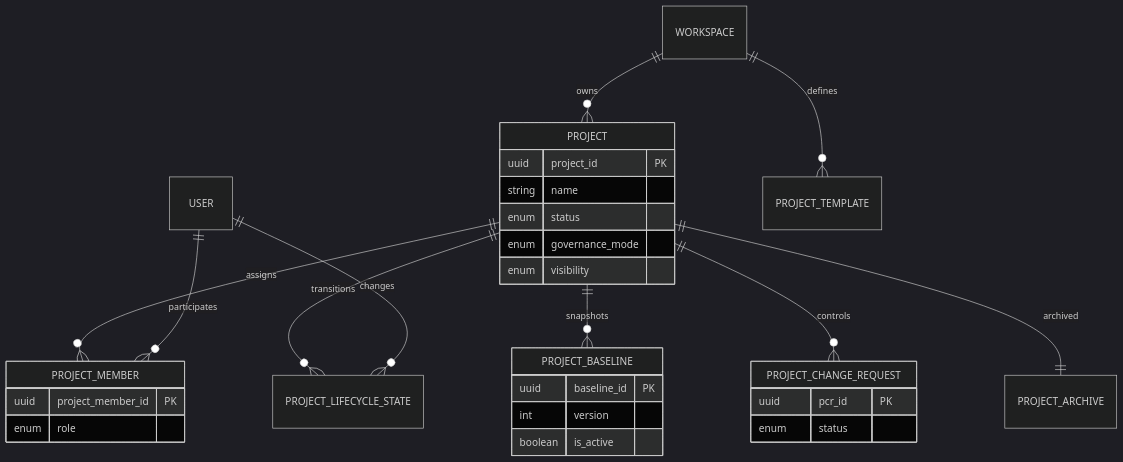
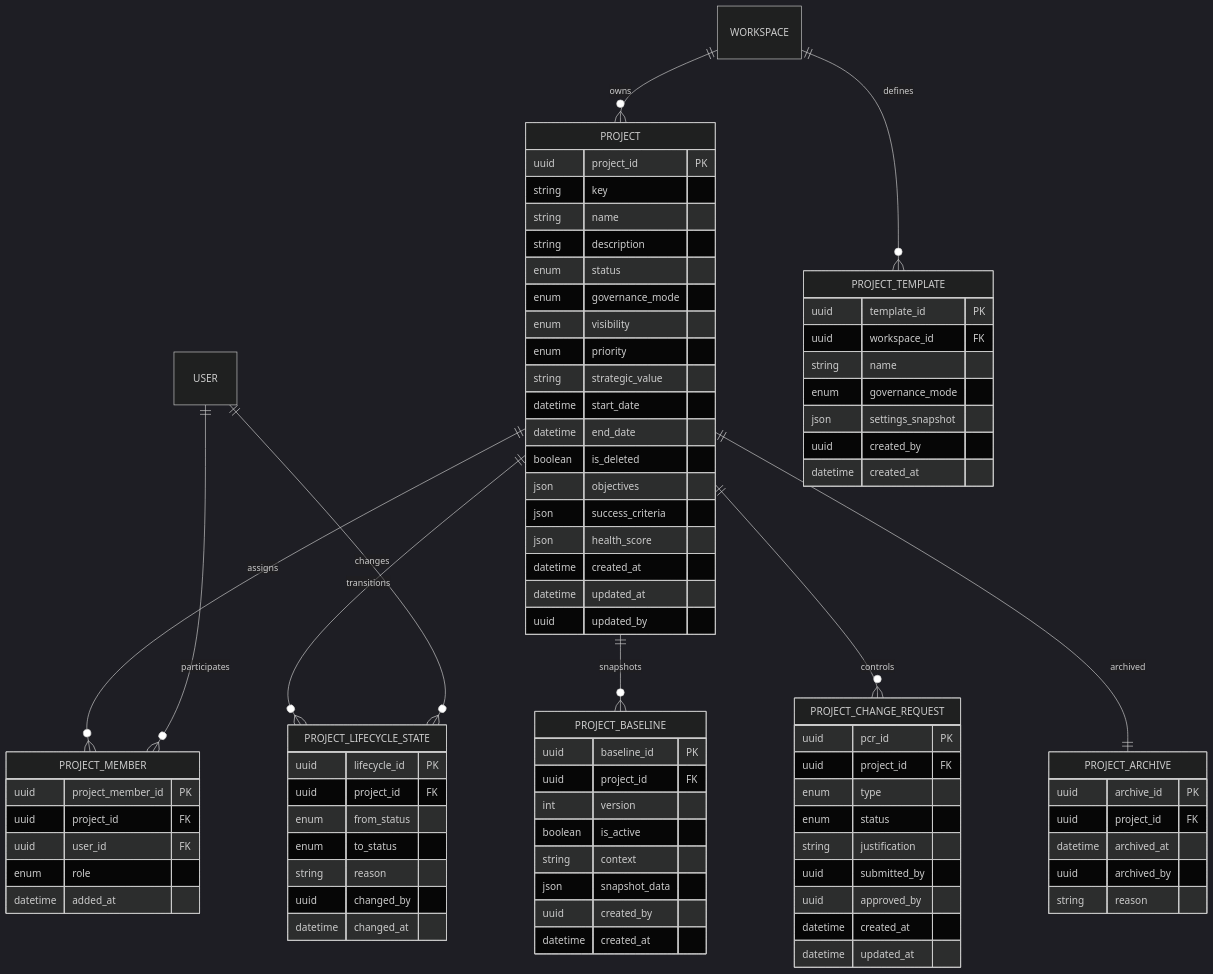
The diagram in docs/02-Architeture/Entity Relationship Diagram - Details/Functional Module 3 - Project Lifecycle Management.md (nmtrucworking/pronaflow-backend), drawn with Mermaid (dark theme) before and after one commit. The commit also changed other lines of this file and 1 other file, not shown here.

First line of the commit message:
docs(module-3): fix inconsistencies and expand ERD details

````diff
--- a/docs/02-Architeture/Entity Relationship Diagram - Details/Functional Module 3 - Project Lifecycle Management.md
+++ b/docs/02-Architeture/Entity Relationship Diagram - Details/Functional Module 3 - Project Lifecycle Management.md
@@ -31,26 +31,82 @@
 
     PROJECT {
         uuid project_id PK
+        string key
         string name
+        string description
         enum status
         enum governance_mode
         enum visibility
+        enum priority
+        string strategic_value
+        datetime start_date
+        datetime end_date
+        boolean is_deleted
+        json objectives
+        json success_criteria
+        json health_score
+        datetime created_at
+        datetime updated_at
+        uuid updated_by
     }
 
     PROJECT_MEMBER {
         uuid project_member_id PK
+        uuid project_id FK
+        uuid user_id FK
         enum role
+        datetime added_at
+    }
+
+    PROJECT_LIFECYCLE_STATE {
+        uuid lifecycle_id PK
+        uuid project_id FK
+        enum from_status
+        enum to_status
+        string reason
+        uuid changed_by
+        datetime changed_at
     }
 
     PROJECT_BASELINE {
         uuid baseline_id PK
+        uuid project_id FK
         int version
         boolean is_active
+        string context
+        json snapshot_data
+        uuid created_by
+        datetime created_at
     }
 
     PROJECT_CHANGE_REQUEST {
         uuid pcr_id PK
+        uuid project_id FK
+        enum type
         enum status
+        string justification
+        uuid submitted_by
+        uuid approved_by
+        datetime created_at
+        datetime updated_at
+    }
+
+    PROJECT_TEMPLATE {
+        uuid template_id PK
+        uuid workspace_id FK
+        string name
+        enum governance_mode
+        json settings_snapshot
+        uuid created_by
+        datetime created_at
+    }
+
+    PROJECT_ARCHIVE {
+        uuid archive_id PK
+        uuid project_id FK
+        datetime archived_at
+        uuid archived_by
+        string reason
     }
 
 ```
````
